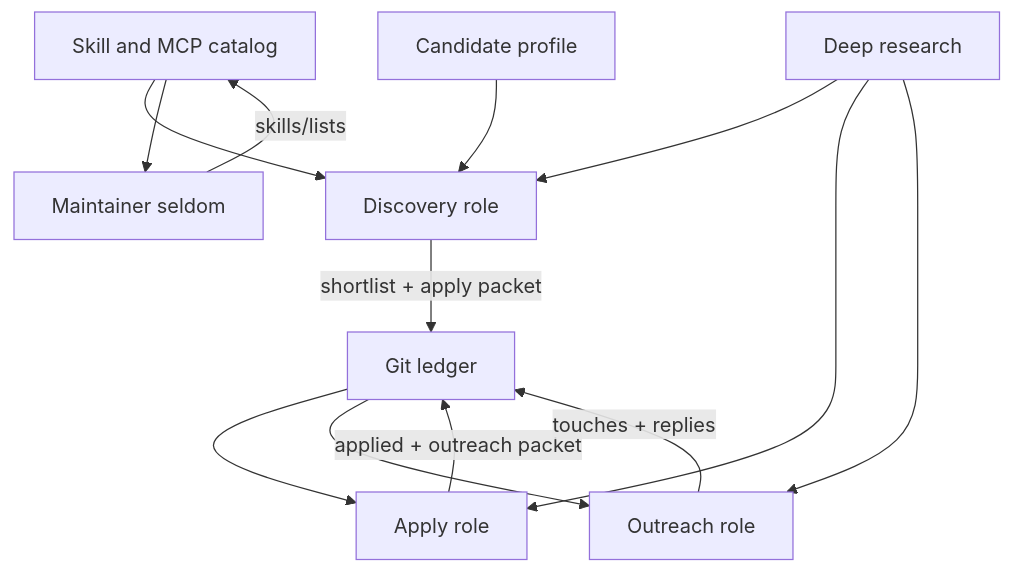
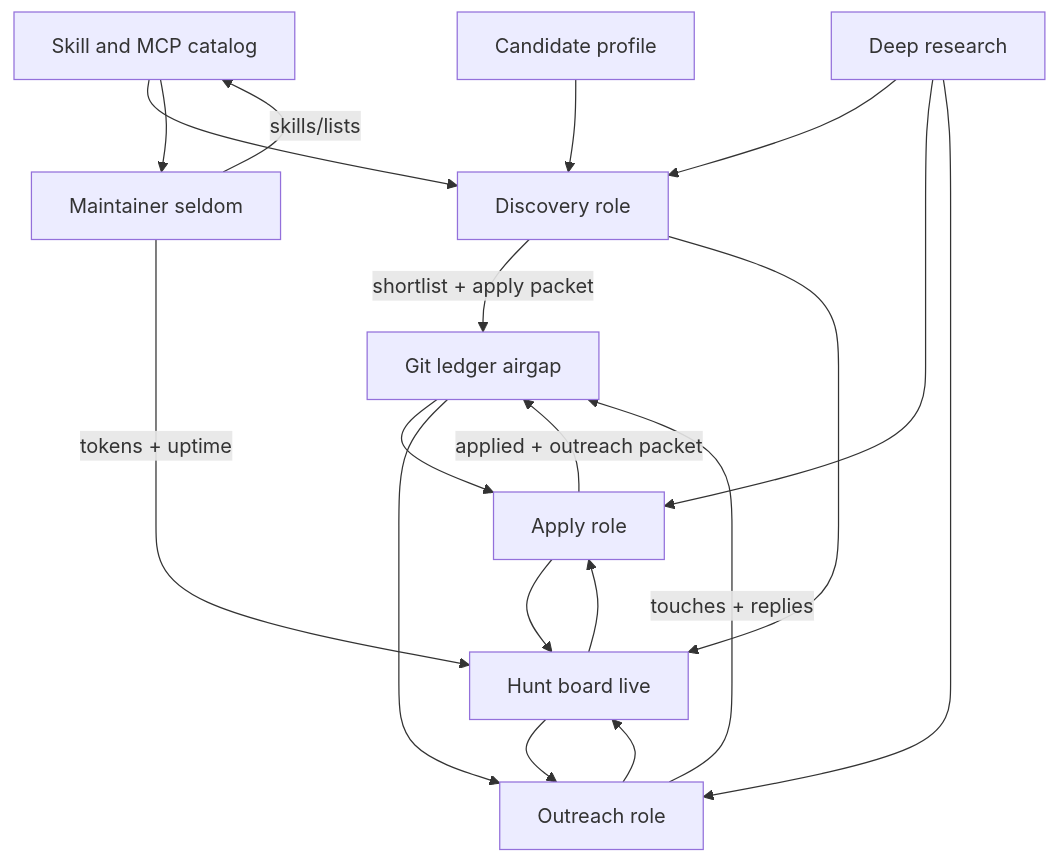
Before and after one commit to unownone/jobos: the diagram in README.md, drawn with Mermaid. The commit also changed other lines of this file and 53 other files, not shown here.

First line of the commit message:
Add maintainer-owned Get That Job hunt board

````diff
--- a/README.md
+++ b/README.md
@@ -49,24 +51,31 @@
 ```mermaid
 flowchart TD
   profile[Candidate profile]
   catalog[Skill and MCP catalog]
   research[Deep research]
   discovery[Discovery role]
-  ledger[Git ledger]
+  ledger[Git ledger airgap]
+  board[Hunt board live]
   apply[Apply role]
   outreach[Outreach role]
   maintainer[Maintainer seldom]
 
   profile --> discovery
   catalog --> discovery
   catalog --> maintainer
   maintainer -->|"skills/lists"| catalog
+  maintainer -->|"tokens + uptime"| board
   research --> discovery
   research --> apply
   research --> outreach
   discovery -->|"shortlist + apply packet"| ledger
+  discovery --> board
   ledger --> apply
+  board --> apply
   apply -->|"applied + outreach packet"| ledger
+  apply --> board
   ledger --> outreach
+  board --> outreach
   outreach -->|"touches + replies"| ledger
+  outreach --> board
 ```
````
